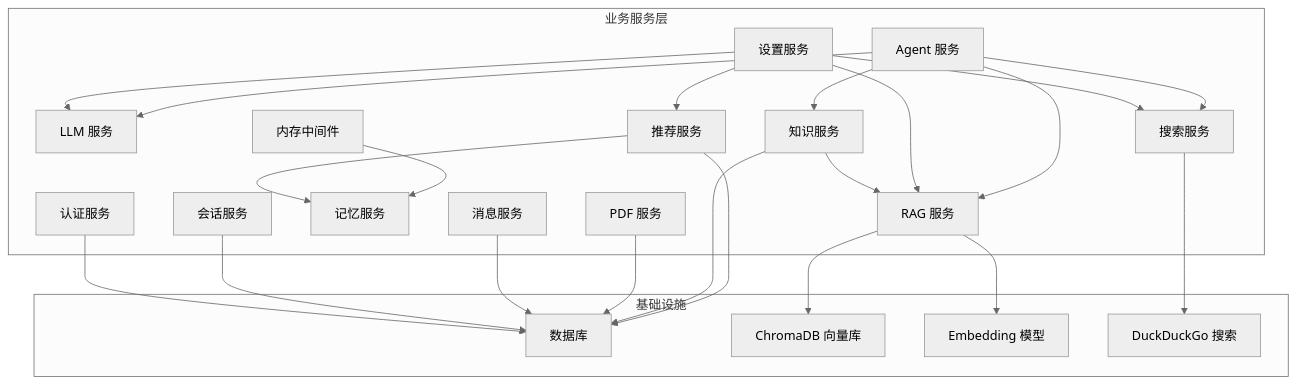
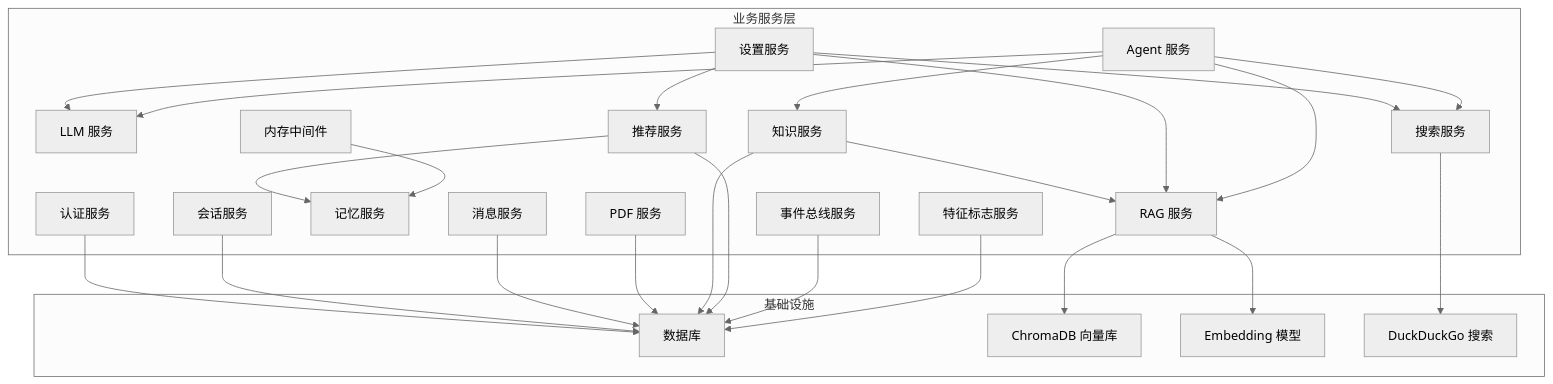
The first of 12 diagrams in .qoder/repowiki/zh/content/后端系统/业务服务层/业务服务层.md (laohanhahaha/PaperChat), drawn with Mermaid (neutral theme) before and after one commit. The commit also changed other lines of this file and 8 other files, not shown here.

````diff
--- a/.qoder/repowiki/zh/content/后端系统/业务服务层/业务服务层.md
+++ b/.qoder/repowiki/zh/content/后端系统/业务服务层/业务服务层.md
@@ -39,44 +50,48 @@
 ```mermaid
 graph TB
 subgraph "业务服务层"
 LLM["LLM 服务"]
 PDF["PDF 服务"]
 RAG["RAG 服务"]
 KNOW["知识服务"]
 REC["推荐服务"]
 SEARCH["搜索服务"]
 SET["设置服务"]
 MEM["记忆服务"]
 AUTH["认证服务"]
 MSG["消息服务"]
 SES["会话服务"]
 AG["Agent 服务"]
 MW["内存中间件"]
+EVENT["事件总线服务"]
+FF["特征标志服务"]
 end
 subgraph "基础设施"
 DB["数据库"]
 CHROMA["ChromaDB 向量库"]
 EMB["Embedding 模型"]
 DDG["DuckDuckGo 搜索"]
 end
 AUTH --> DB
 SES --> DB
 MSG --> DB
 PDF --> DB
 RAG --> CHROMA
 RAG --> EMB
 KNOW --> RAG
 KNOW --> DB
 REC --> DB
 REC --> MEM
 SEARCH --> DDG
 SET --> LLM
 SET --> RAG
 SET --> SEARCH
 SET --> REC
 AG --> LLM
 AG --> RAG
 AG --> KNOW
 AG --> SEARCH
 MW --> MEM
+EVENT --> DB
+FF --> DB
 ```
````
